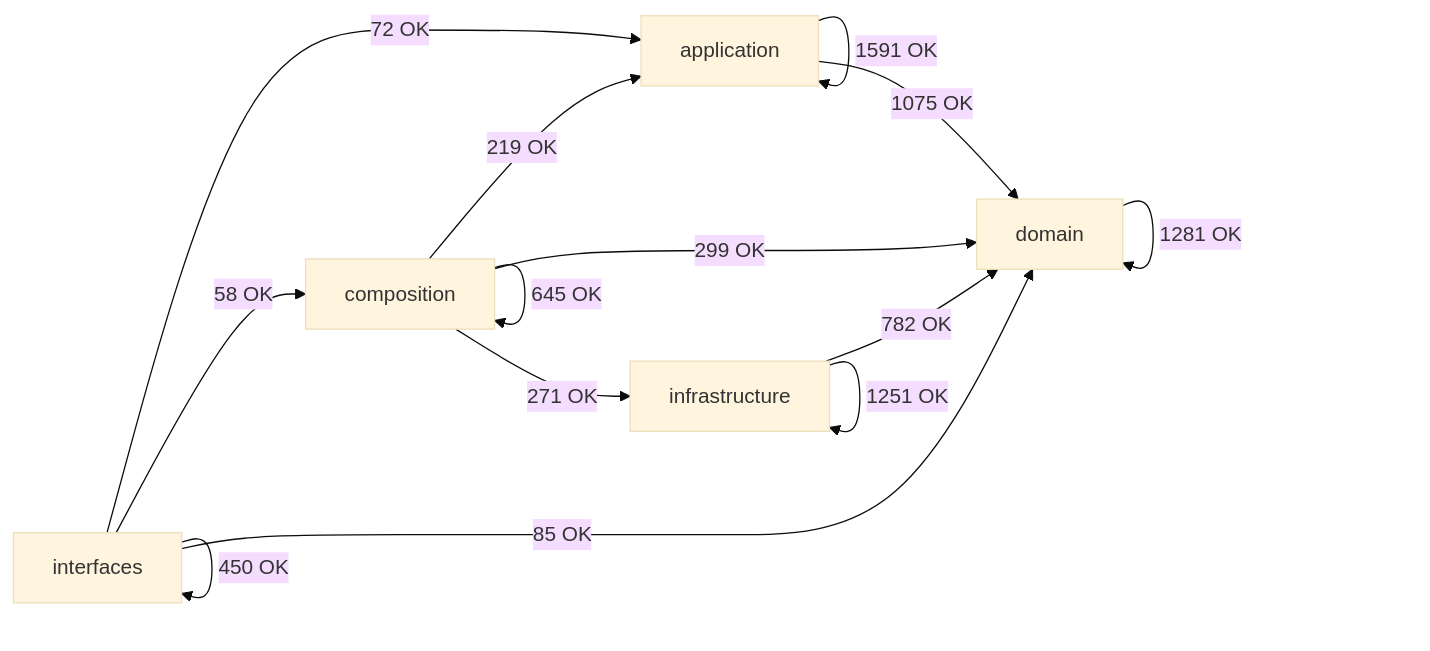
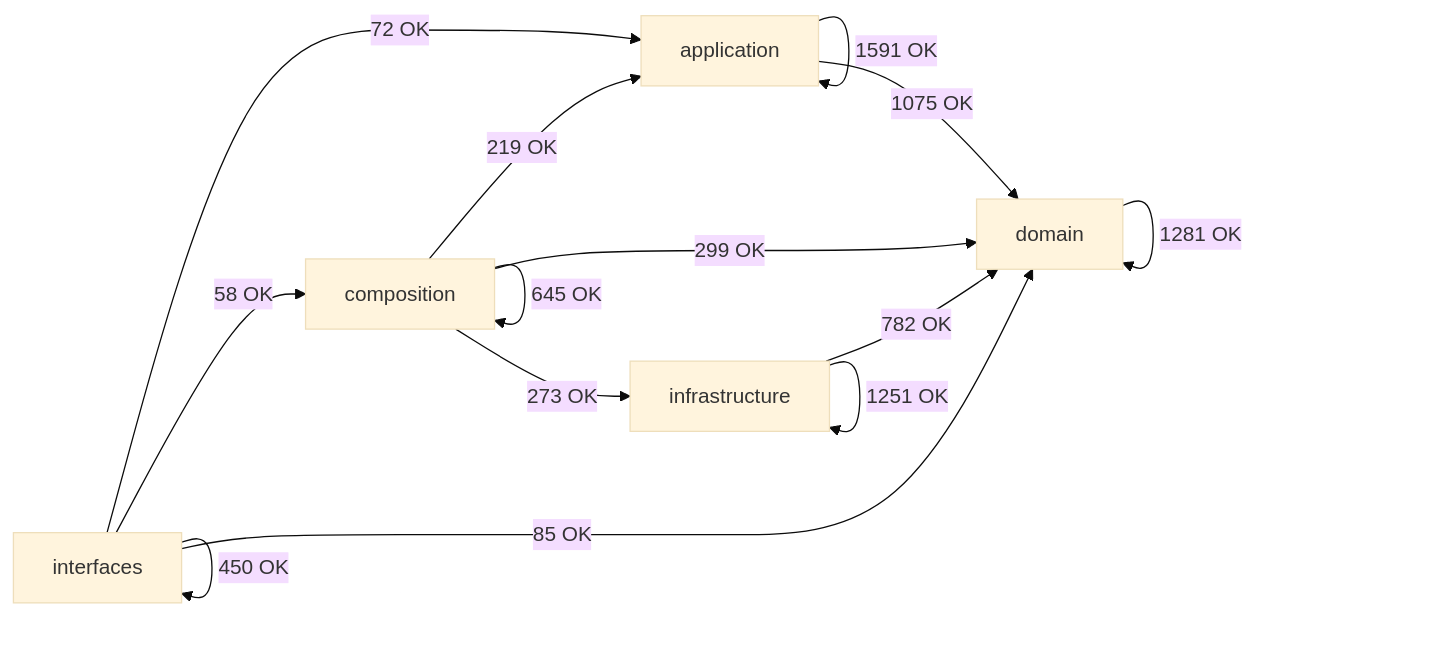
Before and after one commit to SatoryKono/BioactivityDataAcquisition: the diagram in docs/02-architecture/generated/module-dependency-map.md, drawn with Mermaid (base theme). The commit also changed other lines of this file and 25 other files, not shown here.

````diff
--- a/docs/02-architecture/generated/module-dependency-map.md
+++ b/docs/02-architecture/generated/module-dependency-map.md
@@ -17,21 +17,21 @@
 ```mermaid
 flowchart LR
     domain[domain]
     application[application]
     infrastructure[infrastructure]
     composition[composition]
     interfaces[interfaces]
     application -->|1591 OK| application
     application -->|1075 OK| domain
     composition -->|219 OK| application
     composition -->|645 OK| composition
     composition -->|299 OK| domain
-    composition -->|271 OK| infrastructure
+    composition -->|273 OK| infrastructure
     domain -->|1281 OK| domain
     infrastructure -->|782 OK| domain
     infrastructure -->|1251 OK| infrastructure
     interfaces -->|72 OK| application
     interfaces -->|58 OK| composition
     interfaces -->|85 OK| domain
     interfaces -->|450 OK| interfaces
 ```
````
